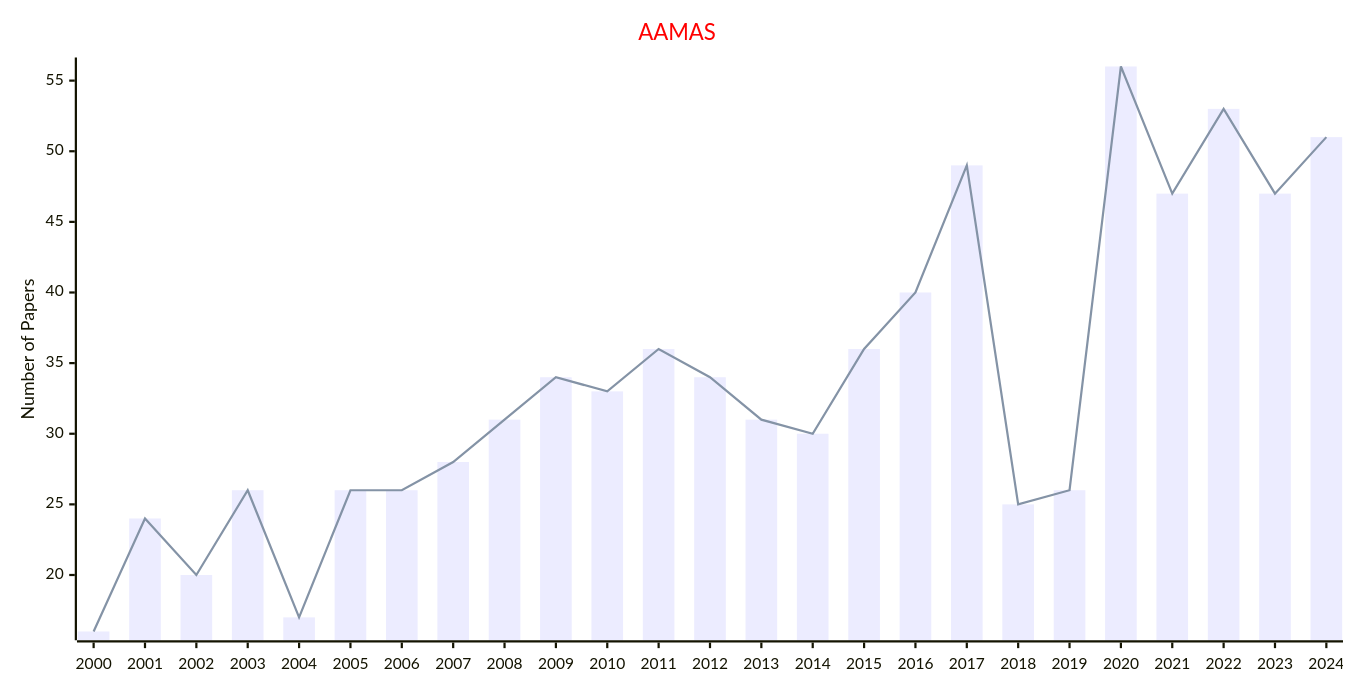
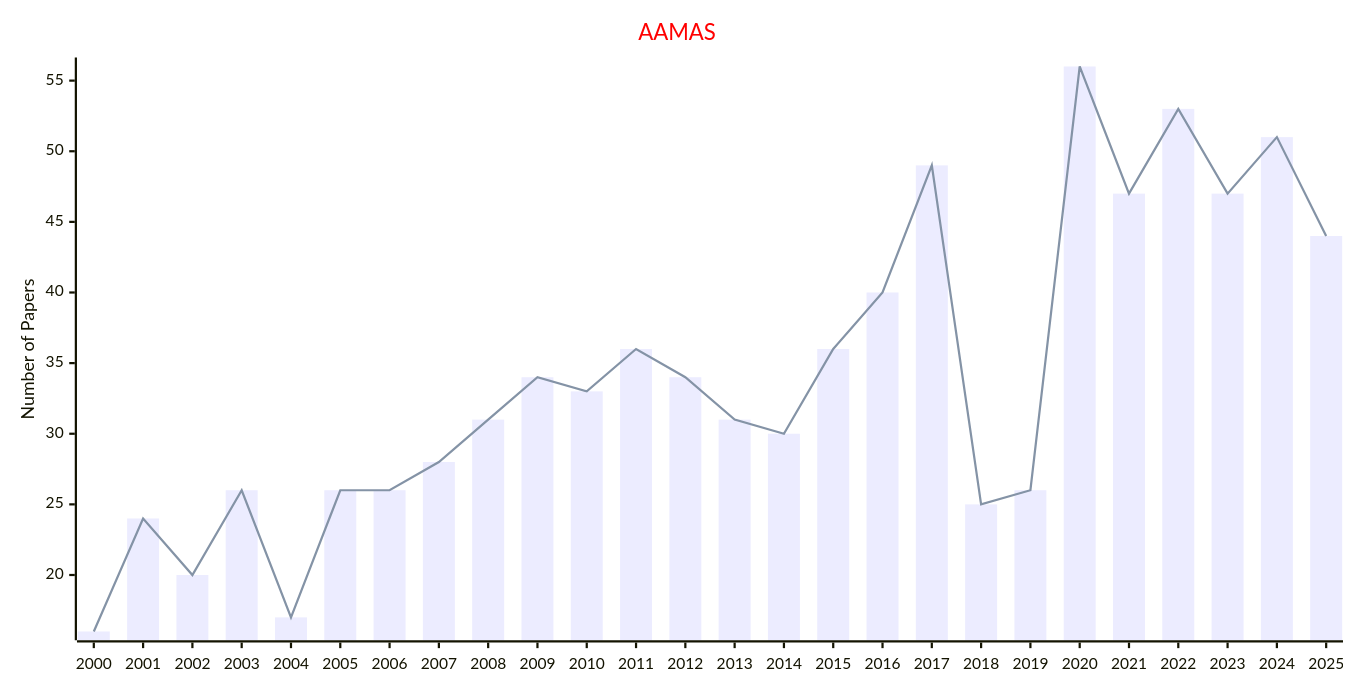
Before and after one commit to Easy-PhD/AILinks: the first of 59 diagrams in docs/data/Journals/Publishers_Journals/SPRINGER.md, drawn with Mermaid. The commit also changed other lines of this file and 107 other files, not shown here.

````diff
--- a/docs/data/Journals/Publishers_Journals/SPRINGER.md
+++ b/docs/data/Journals/Publishers_Journals/SPRINGER.md
@@ -11,17 +11,17 @@
 ```mermaid
 ---
 config:
     xyChart:
         width: 1200
         height: 600
     themeVariables:
         xyChart:
             titleColor: "#ff0000"
 ---
 xychart-beta
     title "AAMAS"
-    x-axis [2000, 2001, 2002, 2003, 2004, 2005, 2006, 2007, 2008, 2009, 2010, 2011, 2012, 2013, 2014, 2015, 2016, 2017, 2018, 2019, 2020, 2021, 2022, 2023, 2024]
+    x-axis [2000, 2001, 2002, 2003, 2004, 2005, 2006, 2007, 2008, 2009, 2010, 2011, 2012, 2013, 2014, 2015, 2016, 2017, 2018, 2019, 2020, 2021, 2022, 2023, 2024, 2025]
     y-axis "Number of Papers"
-    bar [16, 24, 20, 26, 17, 26, 26, 28, 31, 34, 33, 36, 34, 31, 30, 36, 40, 49, 25, 26, 56, 47, 53, 47, 51]
-    line [16, 24, 20, 26, 17, 26, 26, 28, 31, 34, 33, 36, 34, 31, 30, 36, 40, 49, 25, 26, 56, 47, 53, 47, 51]
+    bar [16, 24, 20, 26, 17, 26, 26, 28, 31, 34, 33, 36, 34, 31, 30, 36, 40, 49, 25, 26, 56, 47, 53, 47, 51, 44]
+    line [16, 24, 20, 26, 17, 26, 26, 28, 31, 34, 33, 36, 34, 31, 30, 36, 40, 49, 25, 26, 56, 47, 53, 47, 51, 44]
 ```
````
